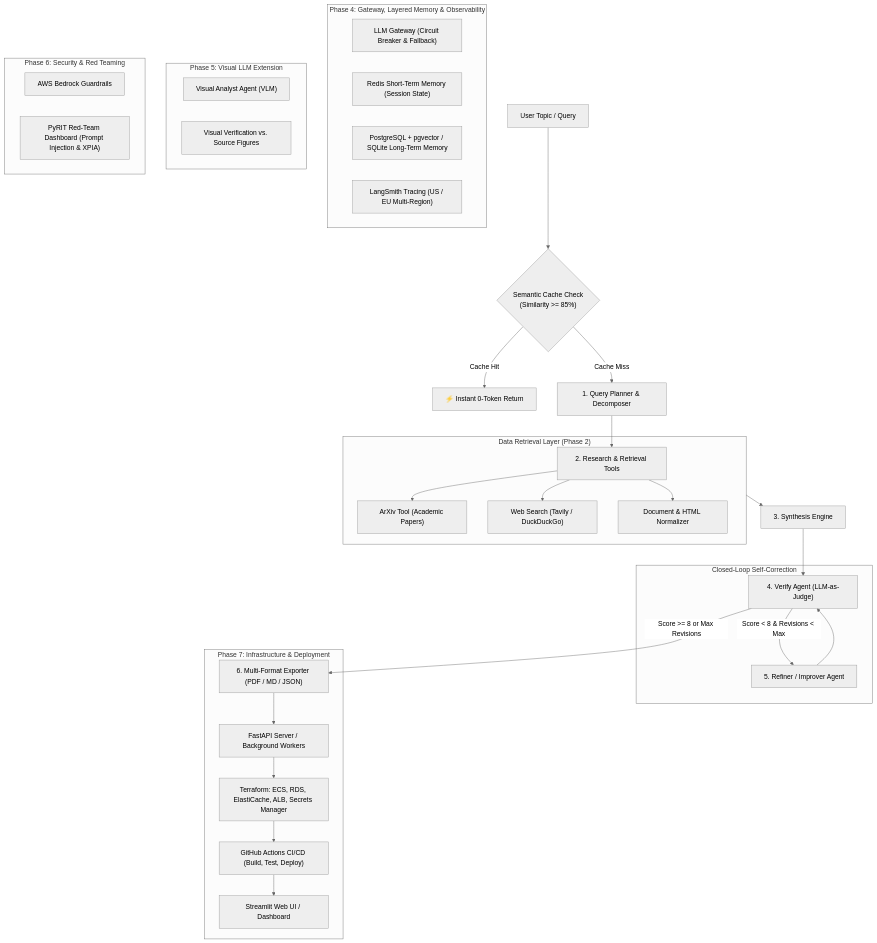
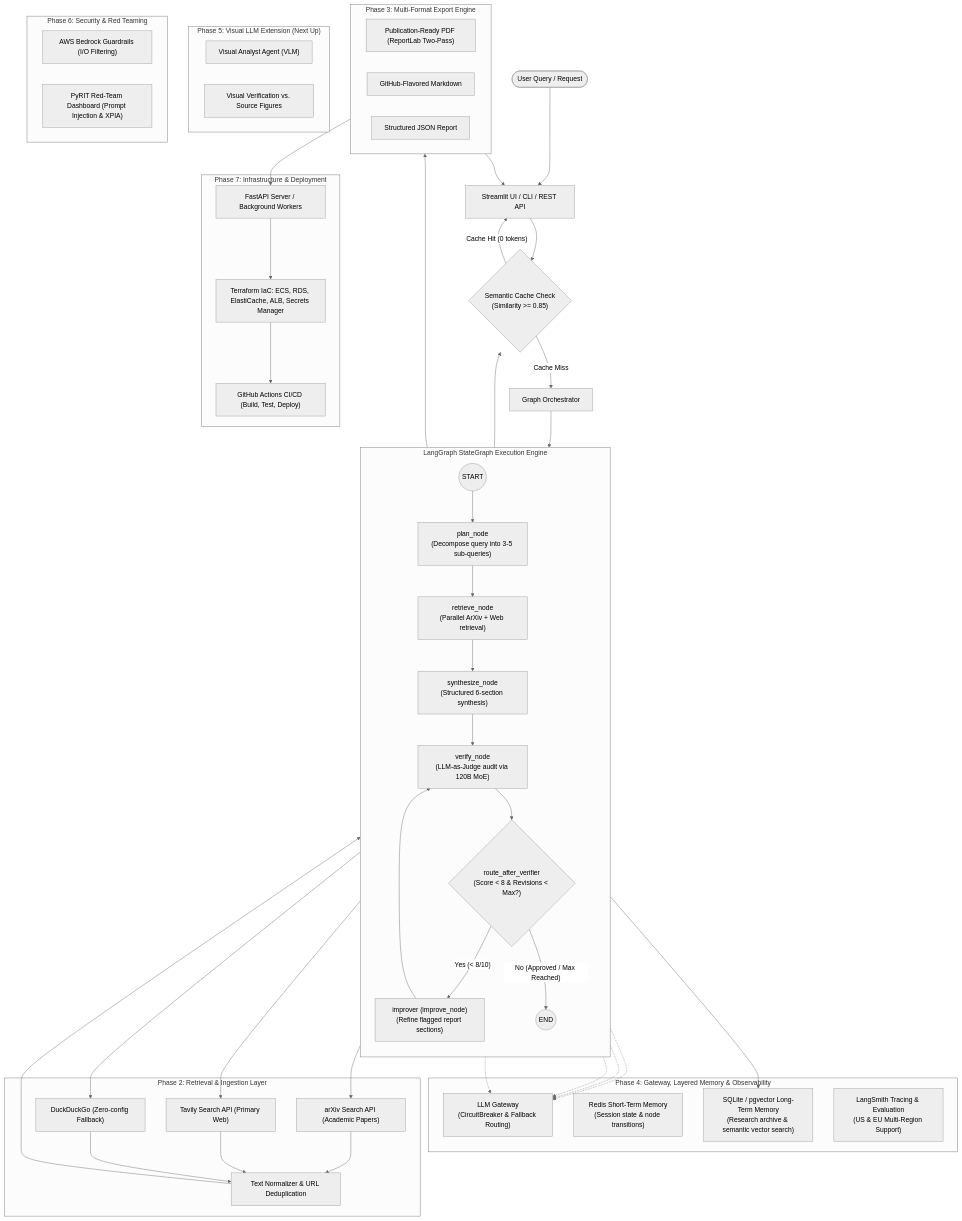
One commit to hit93/AI-Research-Assistant changed the diagram in plan.md. Above: the diagram before and after it, drawn with Mermaid (neutral theme). The commit also changed other lines of this file, not shown here.

Commit message:
docs: update plan with detailed LangGraph architecture and subsystem specifications

````diff
--- a/plan.md
+++ b/plan.md
@@ -11,48 +11,70 @@
 ```mermaid
 flowchart TD
-    UserQuery["User Topic / Query"] --> SemanticCache{"Semantic Cache Check\n(Similarity >= 85%)"}
-    SemanticCache -- "Cache Hit" --> CachedResult["⚡ Instant 0-Token Return"]
-    SemanticCache -- "Cache Miss" --> Planner["1. Query Planner & Decomposer"]
+    User([User Query / Request]) --> UI[Streamlit UI / CLI / REST API]
+    UI --> CacheCheck{"Semantic Cache Check\n(Similarity >= 0.85)"}
 
-    Planner --> SearchTools["2. Research & Retrieval Tools"]
+    CacheCheck -- "Cache Hit (0 tokens)" --> UI
+    CacheCheck -- "Cache Miss" --> Orchestrator[Graph Orchestrator]
 
-    subgraph RetrievalLayer ["Data Retrieval Layer (Phase 2)"]
-        SearchTools --> Arxiv["ArXiv Tool (Academic Papers)"]
-        SearchTools --> WebSearch["Web Search (Tavily / DuckDuckGo)"]
-        SearchTools --> DocParser["Document & HTML Normalizer"]
+    subgraph LangGraphCore ["LangGraph StateGraph Execution Engine"]
+        direction TB
+        START((START)) --> PlanNode["plan_node\n(Decompose query into 3-5 sub-queries)"]
+        PlanNode --> RetrieveNode["retrieve_node\n(Parallel ArXiv + Web retrieval)"]
+        RetrieveNode --> SynthNode["synthesize_node\n(Structured 6-section synthesis)"]
+        SynthNode --> VerifyNode["verify_node\n(LLM-as-Judge audit via 120B MoE)"]
+
+        VerifyNode --> Decision{"route_after_verifier\n(Score < 8 & Revisions < Max?)"}
+        Decision -- "Yes (< 8/10)" --> ImproveNode["improver (improve_node)\n(Refine flagged report sections)"]
+        ImproveNode --> VerifyNode
+        Decision -- "No (Approved / Max Reached)" --> END((END))
     end
 
-    RetrievalLayer --> Synthesizer["3. Synthesis Engine"]
-    Synthesizer --> Verifier["4. Verify Agent (LLM-as-Judge)"]
-
-    subgraph RefinementLoop ["Closed-Loop Self-Correction"]
-        Verifier -- "Score < 8 & Revisions < Max" --> Improver["5. Refiner / Improver Agent"]
-        Improver --> Verifier
+    subgraph GatewayMemory ["Phase 4: Gateway, Layered Memory & Observability"]
+        Gateway["LLM Gateway\n(CircuitBreaker & Fallback Routing)"]
+        STM["Redis Short-Term Memory\n(Session state & node transitions)"]
+        LTM["SQLite / pgvector Long-Term Memory\n(Research archive & semantic vector search)"]
+        LangSmith["LangSmith Tracing & Evaluation\n(US & EU Multi-Region Support)"]
     end
 
-    Verifier -- "Score >= 8 or Max Revisions" --> Exporter["6. Multi-Format Exporter (PDF / MD / JSON)"]
-
-    subgraph GatewayMemory ["Phase 4: Gateway, Layered Memory & Observability"]
-        Gateway["LLM Gateway (Circuit Breaker & Fallback)"]
-        STM["Redis Short-Term Memory (Session State)"]
-        LTM["PostgreSQL + pgvector / SQLite Long-Term Memory"]
-        Trace["LangSmith Tracing (US / EU Multi-Region)"]
+    subgraph RetrievalLayer ["Phase 2: Retrieval & Ingestion Layer"]
+        ArxivAPI["arXiv Search API (Academic Papers)"]
+        TavilyAPI["Tavily Search API (Primary Web)"]
+        DDG["DuckDuckGo (Zero-config Fallback)"]
+        Cleaner["Text Normalizer & URL Deduplication"]
     end
 
-    subgraph VisualExt ["Phase 5: Visual LLM Extension"]
+    subgraph Exporters ["Phase 3: Multi-Format Export Engine"]
+        PDF["Publication-Ready PDF (ReportLab Two-Pass)"]
+        MD["GitHub-Flavored Markdown"]
+        JSON["Structured JSON Report"]
+    end
+
+    subgraph VisualExt ["Phase 5: Visual LLM Extension (Next Up)"]
         VLM["Visual Analyst Agent (VLM)"]
         VisualVerify["Visual Verification vs. Source Figures"]
     end
 
     subgraph SecurityLayer ["Phase 6: Security & Red Teaming"]
-        Guardrails["AWS Bedrock Guardrails"]
+        Guardrails["AWS Bedrock Guardrails (I/O Filtering)"]
         RedTeam["PyRIT Red-Team Dashboard (Prompt Injection & XPIA)"]
     end
 
     subgraph ServerLayer ["Phase 7: Infrastructure & Deployment"]
-        Exporter --> APIServer["FastAPI Server / Background Workers"]
-        APIServer --> Terraform["Terraform: ECS, RDS, ElastiCache, ALB, Secrets Manager"]
-        Terraform --> CICD["GitHub Actions CI/CD (Build, Test, Deploy)"]
-        CICD --> WebUI["Streamlit Web UI / Dashboard"]
+        APIServer["FastAPI Server / Background Workers"]
+        Terraform["Terraform IaC: ECS, RDS, ElastiCache, ALB, Secrets Manager"]
+        CICD["GitHub Actions CI/CD (Build, Test, Deploy)"]
     end
+
+    Orchestrator --> START
+    PlanNode -.-> Gateway
+    RetrieveNode --> ArxivAPI & TavilyAPI & DDG
+    ArxivAPI & TavilyAPI & DDG --> Cleaner --> RetrieveNode
+    SynthNode -.-> Gateway
+    VerifyNode -.-> Gateway
+    ImproveNode -.-> Gateway
+    END --> Exporters --> UI
+    END --> LTM
+    END --> CacheCheck
+    Exporters --> APIServer
+    APIServer --> Terraform --> CICD
 ```
````
